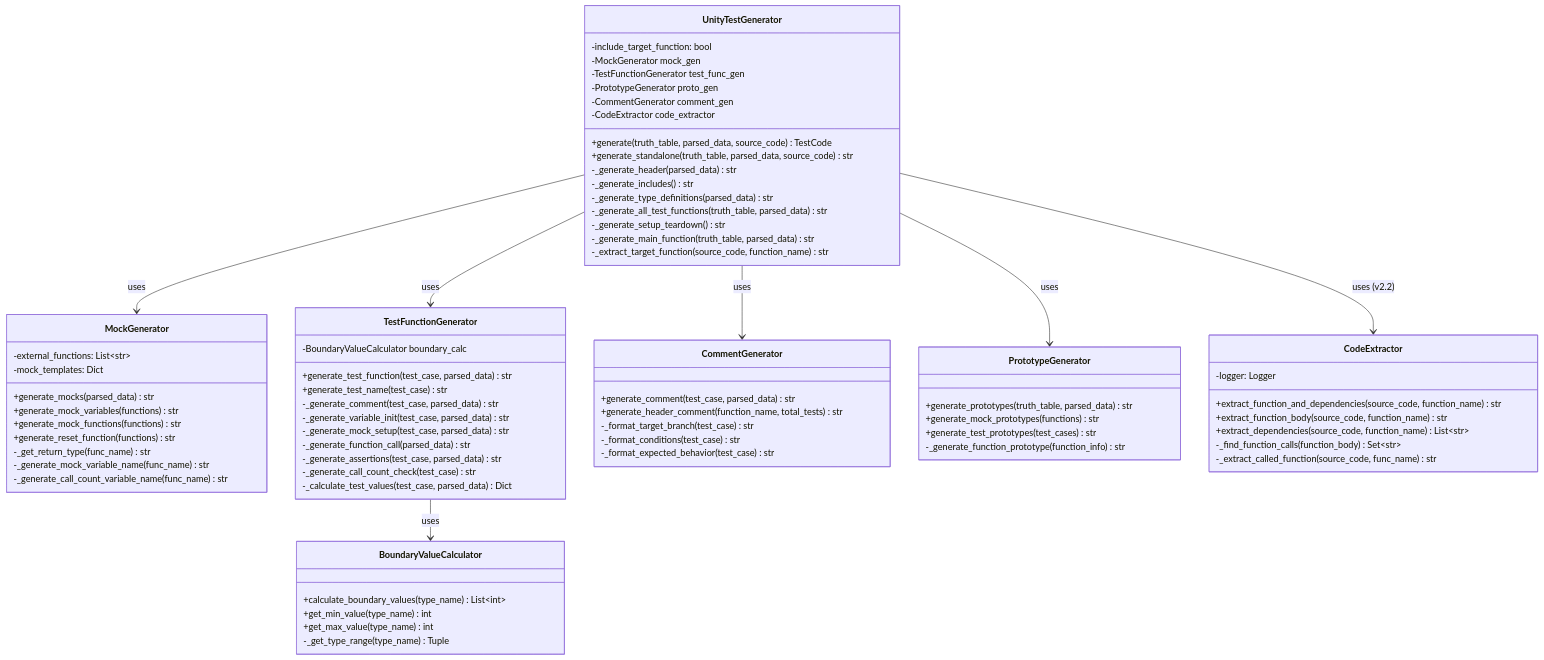
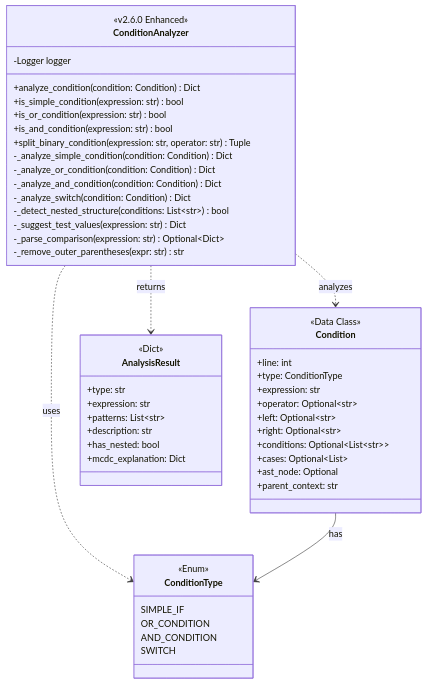
Before and after one commit to ryu5791/AutoUniTestGen: the third of 5 diagrams in doc/design_class_diagram.md, drawn with Mermaid. The commit also changed other lines of this file and 3 other files, not shown here.

````diff
--- a/doc/design_class_diagram.md
+++ b/doc/design_class_diagram.md
@@ -266,91 +284,67 @@
 ```mermaid
 classDiagram
-    %% メインジェネレータ
-    class UnityTestGenerator {
-        -include_target_function: bool
-        -MockGenerator mock_gen
-        -TestFunctionGenerator test_func_gen
-        -PrototypeGenerator proto_gen
-        -CommentGenerator comment_gen
-        -CodeExtractor code_extractor
-        +generate(truth_table, parsed_data, source_code) TestCode
-        +generate_standalone(truth_table, parsed_data, source_code) str
-        -_generate_header(parsed_data) str
-        -_generate_includes() str
-        -_generate_type_definitions(parsed_data) str
-        -_generate_all_test_functions(truth_table, parsed_data) str
-        -_generate_setup_teardown() str
-        -_generate_main_function(truth_table, parsed_data) str
-        -_extract_target_function(source_code, function_name) str
+    class ConditionAnalyzer {
+        <<v2.6.0 Enhanced>>
+        -Logger logger
+        
+        %% 公開メソッド
+        +analyze_condition(condition: Condition) Dict
+        +is_simple_condition(expression: str) bool
+        +is_or_condition(expression: str) bool
+        +is_and_condition(expression: str) bool
+        +split_binary_condition(expression: str, operator: str) Tuple
+        
+        %% 内部分析メソッド
+        -_analyze_simple_condition(condition: Condition) Dict
+        -_analyze_or_condition(condition: Condition) Dict
+        -_analyze_and_condition(condition: Condition) Dict
+        -_analyze_switch(condition: Condition) Dict
+        
+        %% v2.6.0 ネスト検出
+        -_detect_nested_structure(conditions: List~str~) bool
+        
+        %% テスト値提案
+        -_suggest_test_values(expression: str) Dict
+        -_parse_comparison(expression: str) Optional~Dict~
+        
+        %% ユーティリティ
+        -_remove_outer_parentheses(expr: str) str
     }
 
-    %% モック生成
-    class MockGenerator {
-        -external_functions: List~str~
-        -mock_templates: Dict
-        +generate_mocks(parsed_data) str
-        +generate_mock_variables(functions) str
-        +generate_mock_functions(functions) str
-        +generate_reset_function(functions) str
-        -_get_return_type(func_name) str
-        -_generate_mock_variable_name(func_name) str
-        -_generate_call_count_variable_name(func_name) str
+    class Condition {
+        <<Data Class>>
+        +line: int
+        +type: ConditionType
+        +expression: str
+        +operator: Optional~str~
+        +left: Optional~str~
+        +right: Optional~str~
+        +conditions: Optional~List~str~~
+        +cases: Optional~List~
+        +ast_node: Optional
+        +parent_context: str
     }
 
-    %% テスト関数生成
-    class TestFunctionGenerator {
-        -BoundaryValueCalculator boundary_calc
-        +generate_test_function(test_case, parsed_data) str
-        +generate_test_name(test_case) str
-        -_generate_comment(test_case, parsed_data) str
-        -_generate_variable_init(test_case, parsed_data) str
-        -_generate_mock_setup(test_case, parsed_data) str
-        -_generate_function_call(parsed_data) str
-        -_generate_assertions(test_case, parsed_data) str
-        -_generate_call_count_check(test_case) str
-        -_calculate_test_values(test_case, parsed_data) Dict
+    class ConditionType {
+        <<Enum>>
+        SIMPLE_IF
+        OR_CONDITION
+        AND_CONDITION
+        SWITCH
     }
 
-    %% コメント生成
-    class CommentGenerator {
-        +generate_comment(test_case, parsed_data) str
-        +generate_header_comment(function_name, total_tests) str
-        -_format_target_branch(test_case) str
-        -_format_conditions(test_case) str
-        -_format_expected_behavior(test_case) str
+    class AnalysisResult {
+        <<Dict>>
+        +type: str
+        +expression: str
+        +patterns: List~str~
+        +description: str
+        +has_nested: bool
+        +mcdc_explanation: Dict
     }
 
-    %% プロトタイプ生成
-    class PrototypeGenerator {
-        +generate_prototypes(truth_table, parsed_data) str
-        +generate_mock_prototypes(functions) str
-        +generate_test_prototypes(test_cases) str
-        -_generate_function_prototype(function_info) str
-    }
-
-    %% 境界値計算
-    class BoundaryValueCalculator {
-        +calculate_boundary_values(type_name) List~int~
-        +get_min_value(type_name) int
-        +get_max_value(type_name) int
-        -_get_type_range(type_name) Tuple
-    }
-
-    %% コード抽出器（v2.2）
-    class CodeExtractor {
-        -logger: Logger
-        +extract_function_and_dependencies(source_code, function_name) str
-        +extract_function_body(source_code, function_name) str
-        +extract_dependencies(source_code, function_name) List~str~
-        -_find_function_calls(function_body) Set~str~
-        -_extract_called_function(source_code, func_name) str
-    }
-
-    %% 関係性
-    UnityTestGenerator --> MockGenerator : uses
-    UnityTestGenerator --> TestFunctionGenerator : uses
-    UnityTestGenerator --> PrototypeGenerator : uses
-    UnityTestGenerator --> CommentGenerator : uses
-    UnityTestGenerator --> CodeExtractor : uses (v2.2)
-    TestFunctionGenerator --> BoundaryValueCalculator : uses
+    ConditionAnalyzer ..> Condition : analyzes
+    ConditionAnalyzer ..> ConditionType : uses
+    ConditionAnalyzer ..> AnalysisResult : returns
+    Condition --> ConditionType : has
 ```
````
